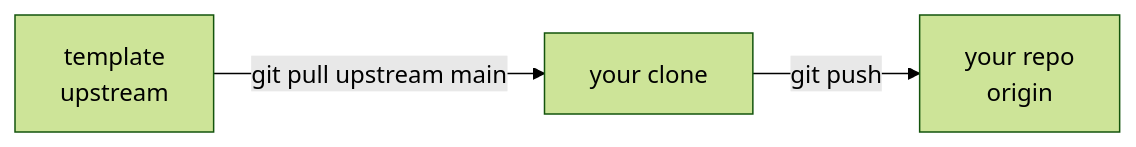
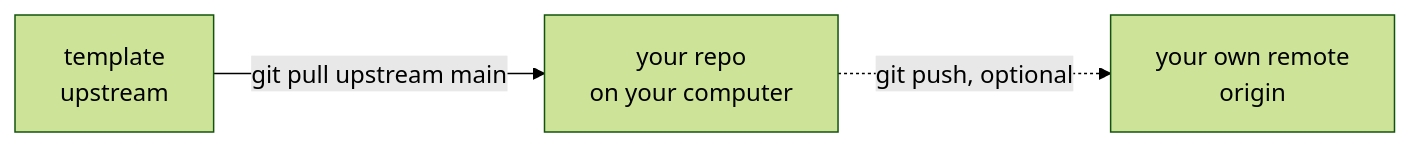
One commit to Jenniferjepp/Backend-course-Repo changed the diagram in exercise/1-10-get-ready.md. Above: the diagram before and after it, drawn with Mermaid (forest theme). The commit also changed other lines of this file and 4 other files, not shown here.

Commit message:
The student's own remote is optional: work locally or push anywhere

````diff
--- a/exercise/1-10-get-ready.md
+++ b/exercise/1-10-get-ready.md
@@ -22,5 +24,5 @@
 ```mermaid
 flowchart LR
-  T[template<br>upstream] -- git pull upstream main --> L[your clone]
-  L -- git push --> O[your repo<br>origin]
+  T[template<br>upstream] -- git pull upstream main --> L[your repo<br>on your computer]
+  L -. git push, optional .-> O[your own remote<br>origin]
 ```
````
